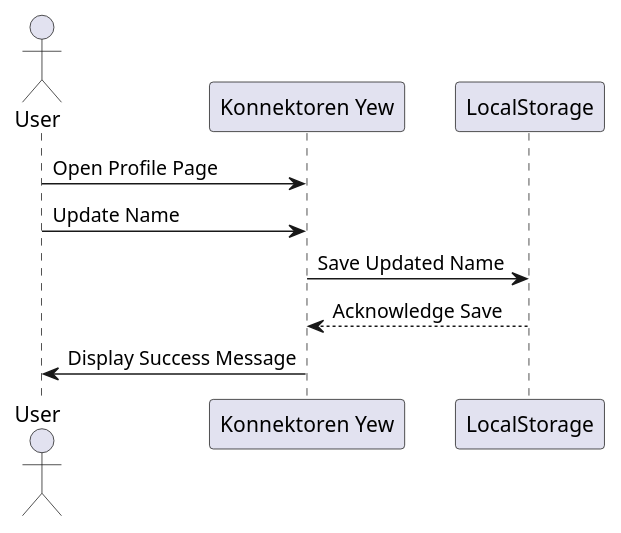
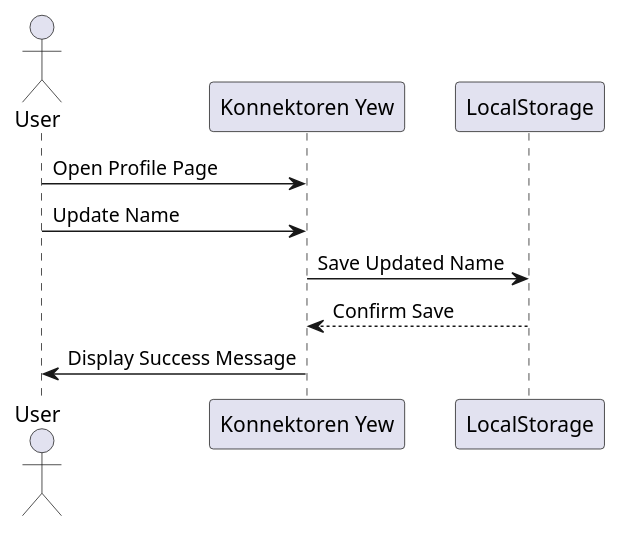
Before and after one commit to konnektoren/konnektoren-rs: the first of 7 diagrams in docs/src/06_runtime_view.adoc, drawn with PlantUML. The commit also changed other lines of this file, not shown here.

```diff
--- a/docs/src/06_runtime_view.adoc
+++ b/docs/src/06_runtime_view.adoc
@@ -45,14 +44,14 @@
 [plantuml, profile-update, png]
 ----
 @startuml
 actor User
 participant WebApp as "Konnektoren Yew"
 participant LocalStorage
 
 User -> WebApp : Open Profile Page
 User -> WebApp : Update Name
 WebApp -> LocalStorage : Save Updated Name
-LocalStorage --> WebApp : Acknowledge Save
+LocalStorage --> WebApp : Confirm Save
 WebApp -> User : Display Success Message
 @enduml
 ----
```
